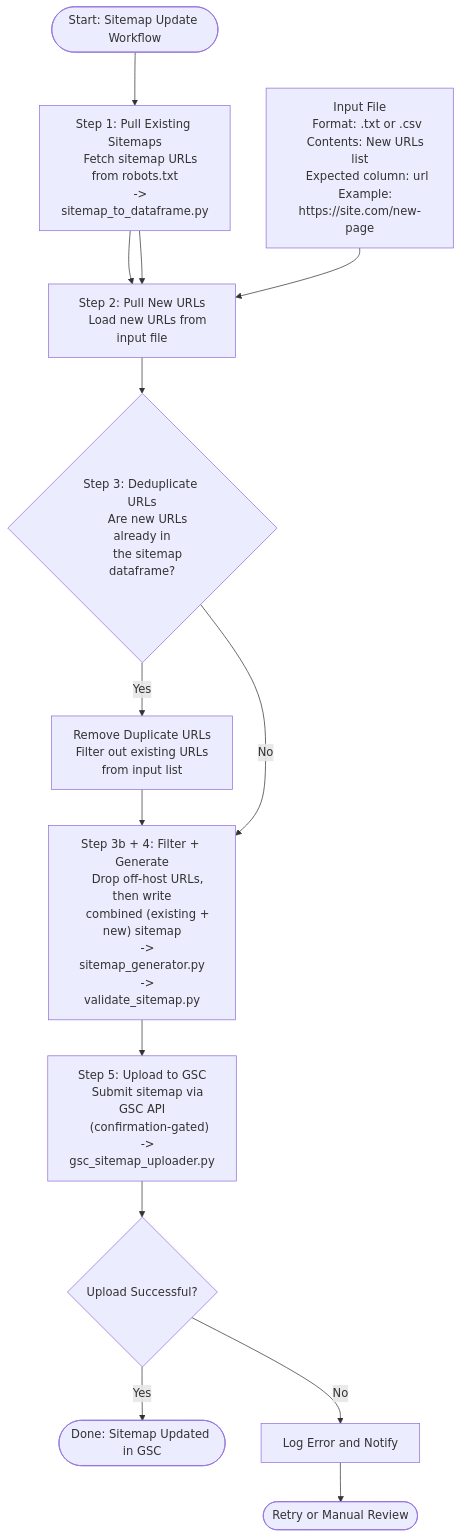
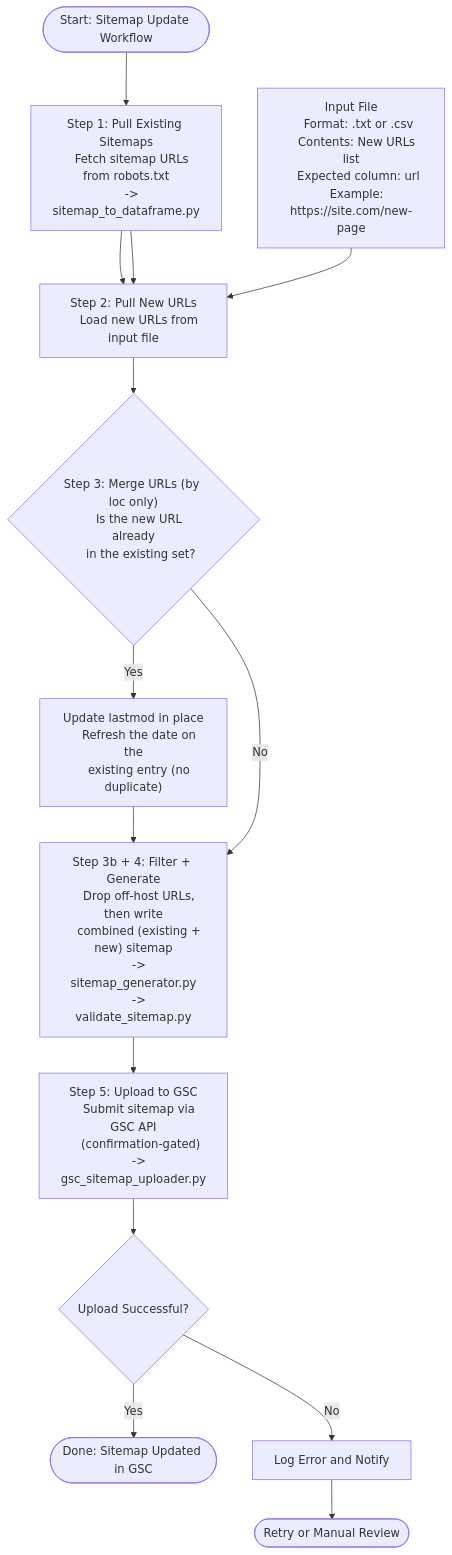
Before and after one commit to kiranbabuthatha/Sitemaps_Automation: the diagram in README.md, drawn with Mermaid. The commit also changed other lines of this file and 4 other files, not shown here.

````diff
--- a/README.md
+++ b/README.md
@@ -35,50 +38,50 @@
 ```mermaid
 flowchart TD
     A([Start: Sitemap Update Workflow]) --> B
 
     B["Step 1: Pull Existing Sitemaps
     Fetch sitemap URLs from robots.txt
     -> sitemap_to_dataframe.py"]
     B --> C
 
     INPUT_FILE["Input File
     Format: .txt or .csv
     Contents: New URLs list
     Expected column: url
     Example: https://site.com/new-page"]
 
     C["Step 2: Pull New URLs
     Load new URLs from input file"]
 
     INPUT_FILE --> C
     B --> C
     C --> D
 
-    D{"Step 3: Deduplicate URLs
-    Are new URLs already in
-    the sitemap dataframe?"}
+    D{"Step 3: Merge URLs (by loc only)
+    Is the new URL already
+    in the existing set?"}
 
-    D -- Yes --> E["Remove Duplicate URLs
-    Filter out existing URLs
-    from input list"]
+    D -- Yes --> E["Update lastmod in place
+    Refresh the date on the
+    existing entry (no duplicate)"]
     D -- No --> F
     E --> F
 
     F["Step 3b + 4: Filter + Generate
     Drop off-host URLs, then write
     combined (existing + new) sitemap
     -> sitemap_generator.py
     -> validate_sitemap.py"]
     F --> G
 
     G["Step 5: Upload to GSC
     Submit sitemap via GSC API
     (confirmation-gated)
     -> gsc_sitemap_uploader.py"]
     G --> H
 
     H{"Upload Successful?"}
     H -- Yes --> I([Done: Sitemap Updated in GSC])
     H -- No --> J["Log Error and Notify"]
     J --> K([Retry or Manual Review])
 ```
````
